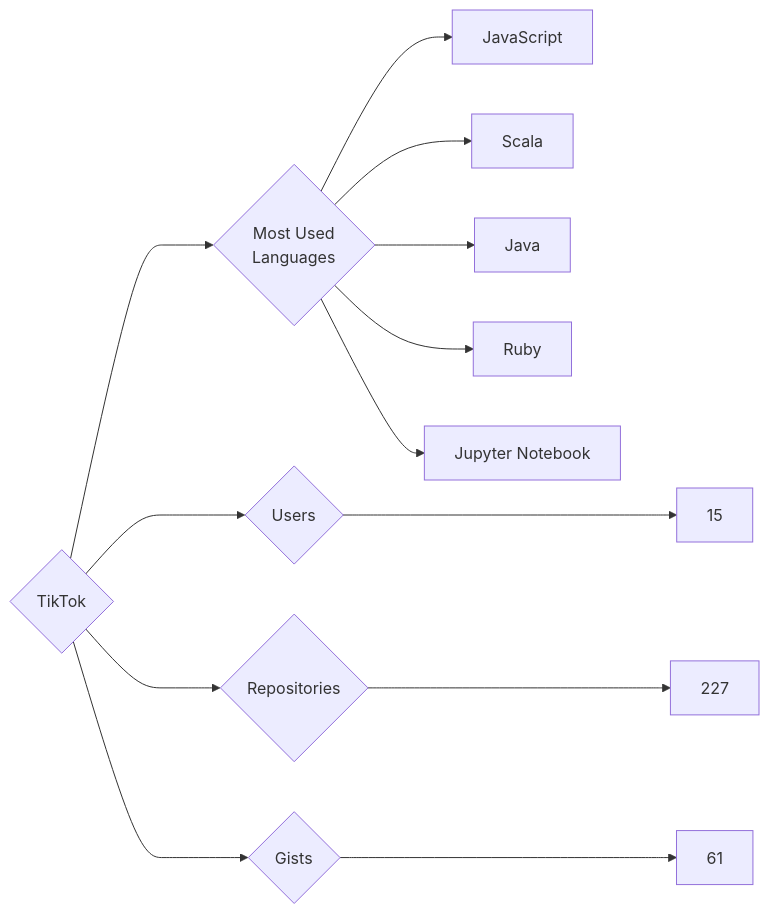
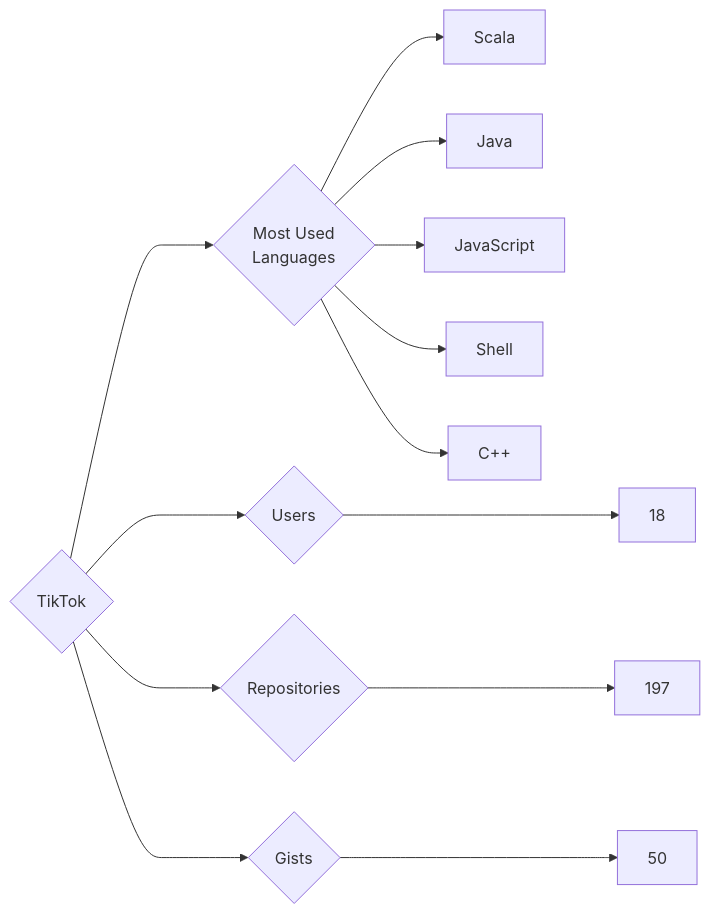
One commit to trickest/insiders changed the diagram in targets/TikTok/README.md. Above: the diagram before and after it, drawn with Mermaid. The commit also changed 912 other files, not shown here.

````diff
--- a/targets/TikTok/README.md
+++ b/targets/TikTok/README.md
@@ -3,13 +3,13 @@
 ```mermaid
 graph LR
 COMPANY_NAME{TikTok}
-COMPANY_NAME ---> U{Users} ---> UN[15]
-COMPANY_NAME ---> R{Repositories} ---> RN[227]
-COMPANY_NAME ---> G{Gists} ---> GN[61]
+COMPANY_NAME ---> U{Users} ---> UN[18]
+COMPANY_NAME ---> R{Repositories} ---> RN[197]
+COMPANY_NAME ---> G{Gists} ---> GN[50]
 COMPANY_NAME ---> ML{Most Used<br>Languages}
-ML --> JavaScript[JavaScript]
 ML --> Scala[Scala]
 ML --> Java[Java]
-ML --> Ruby[Ruby]
-ML --> Jupyter_Notebook[Jupyter Notebook]
+ML --> JavaScript[JavaScript]
+ML --> Shell[Shell]
+ML --> C++[C++]
 ```
````
